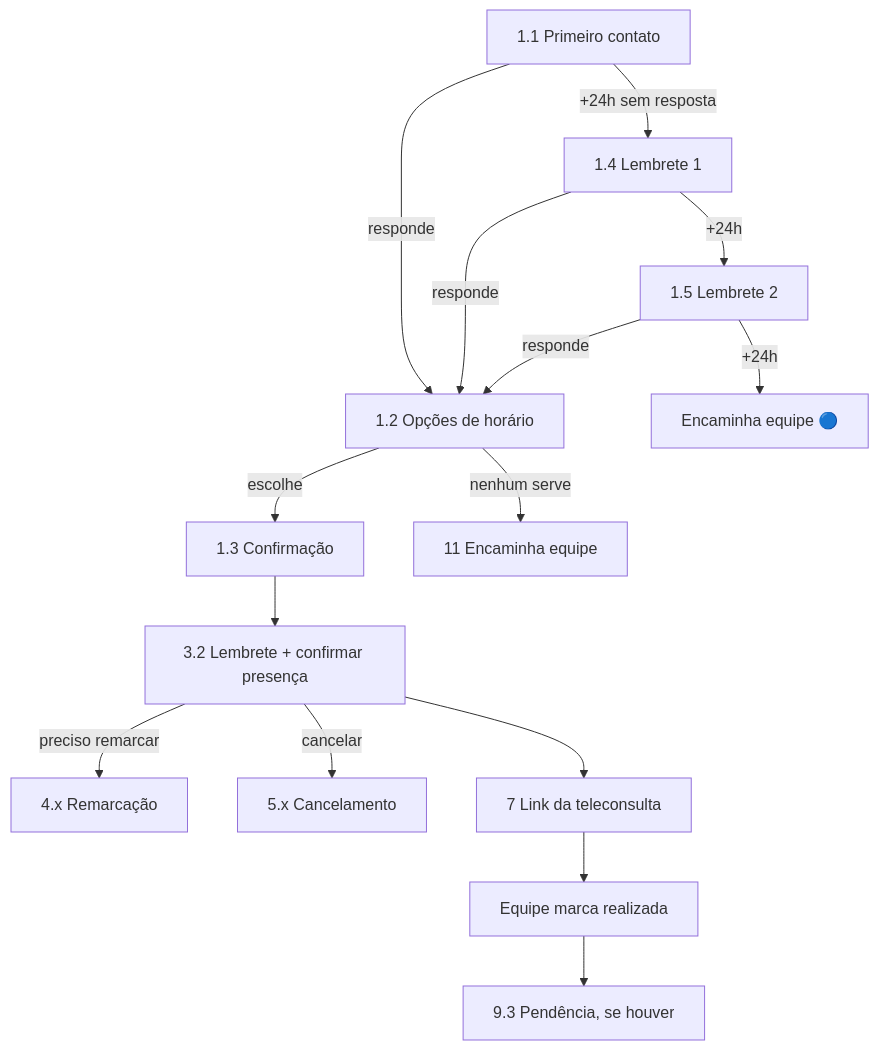
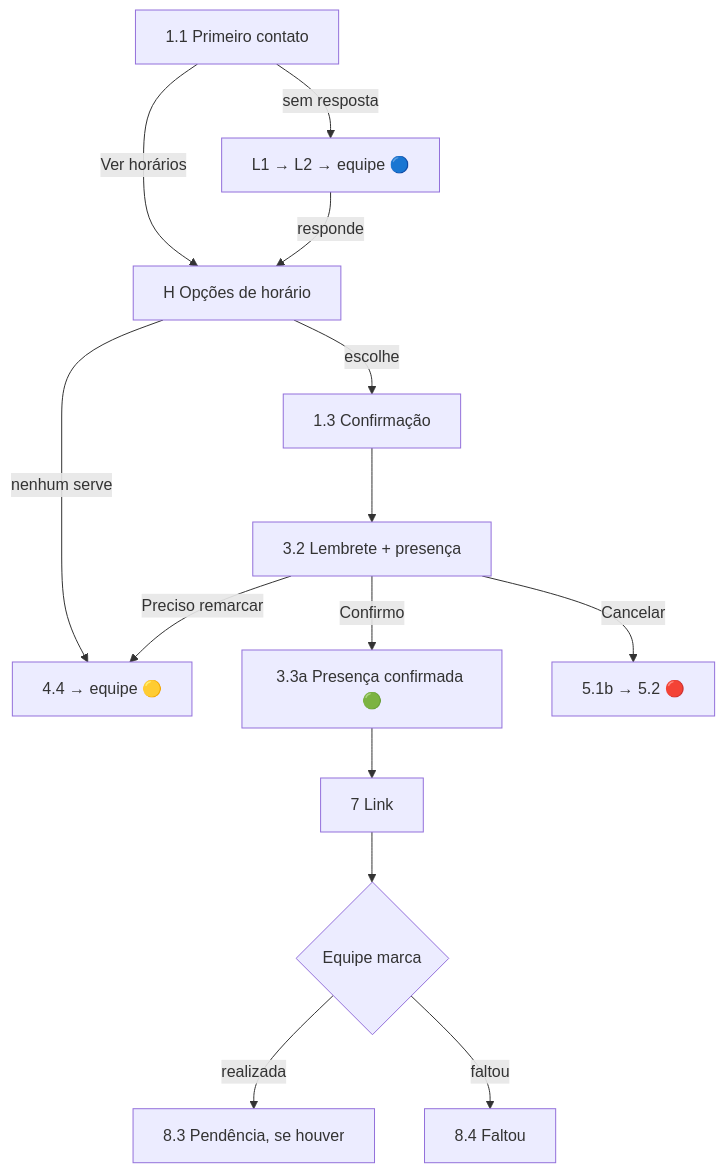
One commit to thompsoncysneiros/json-server-template changed the first of 2 diagrams in docs/MENSAGENS.md. Above: the diagram before and after it, drawn with Mermaid. The commit also changed other lines of this file and 3 other files, not shown here.

````diff
--- a/docs/MENSAGENS.md
+++ b/docs/MENSAGENS.md
@@ -276,17 +456,16 @@
 ```mermaid
 flowchart TD
-    A[1.1 Primeiro contato] -->|responde| B[1.2 Opções de horário]
-    A -->|+24h sem resposta| L1[1.4 Lembrete 1]
-    L1 -->|+24h| L2[1.5 Lembrete 2]
-    L2 -->|+24h| EQ[Encaminha equipe 🔵]
-    L1 -->|responde| B
-    L2 -->|responde| B
-    B -->|escolhe| C[1.3 Confirmação]
-    B -->|nenhum serve| EQ2[11 Encaminha equipe]
-    C --> LC[3.2 Lembrete + confirmar presença]
-    LC -->|preciso remarcar| R[4.x Remarcação]
-    LC -->|cancelar| X[5.x Cancelamento]
-    LC --> LK[7 Link da teleconsulta]
-    LK --> F[Equipe marca realizada]
-    F --> P[9.3 Pendência, se houver]
+    A[1.1 Primeiro contato] -->|Ver horários| H[H Opções de horário]
+    A -->|sem resposta| L[L1 → L2 → equipe 🔵]
+    L -->|responde| H
+    H -->|escolhe| C[1.3 Confirmação]
+    H -->|nenhum serve| E[4.4 → equipe 🟡]
+    C --> LC[3.2 Lembrete + presença]
+    LC -->|Confirmo| OK[3.3a Presença confirmada 🟢]
+    LC -->|Preciso remarcar| E
+    LC -->|Cancelar| X[5.1b → 5.2 🔴]
+    OK --> LK[7 Link]
+    LK --> R{Equipe marca}
+    R -->|realizada| P[8.3 Pendência, se houver]
+    R -->|faltou| F[8.4 Faltou]
 ```
````
